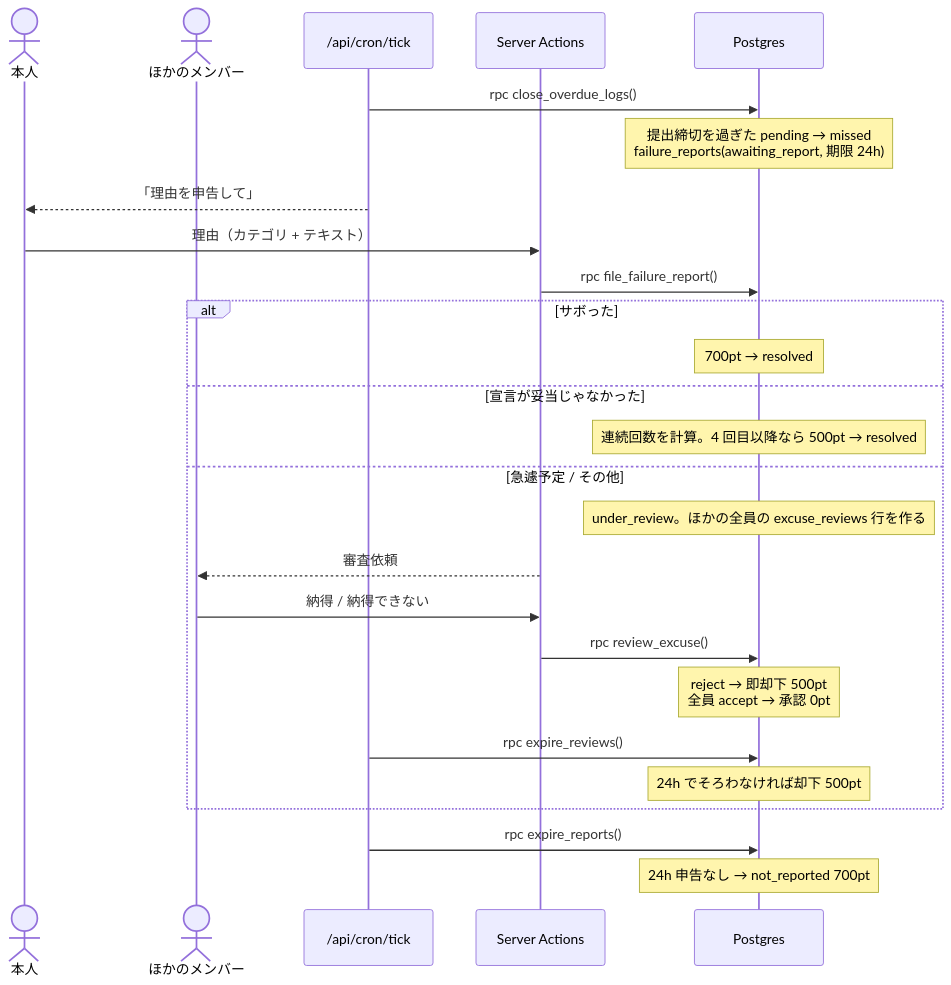
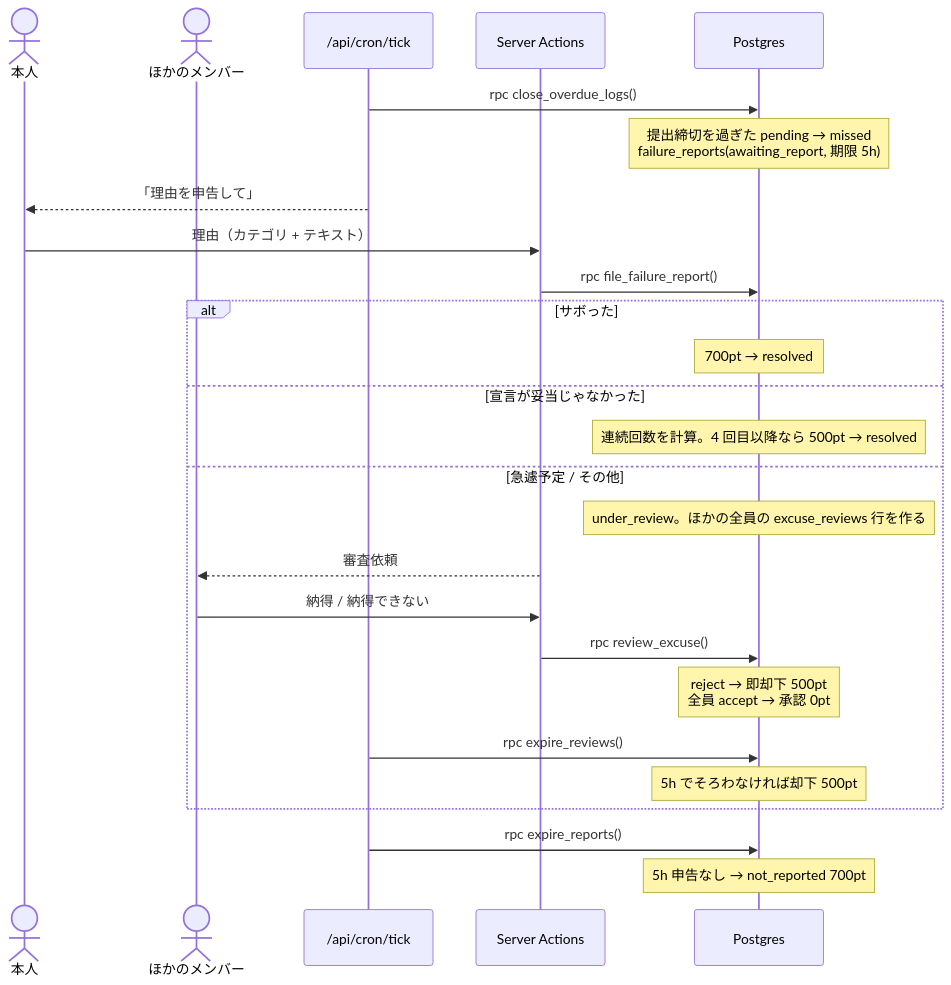
Before and after one commit to ashilal1/force-study-app: the fourth of 5 diagrams in docs/architecture.md, drawn with Mermaid. The commit also changed other lines of this file and 3 other files, not shown here.

````diff
--- a/docs/architecture.md
+++ b/docs/architecture.md
@@ -109,28 +109,28 @@
 ```mermaid
 sequenceDiagram
     actor U as 本人
     actor F as ほかのメンバー
     participant T as /api/cron/tick
     participant SA as Server Actions
     participant DB as Postgres
     T->>DB: rpc close_overdue_logs()
-    Note over DB: 提出締切を過ぎた pending → missed<br/>failure_reports(awaiting_report, 期限 24h)
+    Note over DB: 提出締切を過ぎた pending → missed<br/>failure_reports(awaiting_report, 期限 5h)
     T-->>U: 「理由を申告して」
     U->>SA: 理由（カテゴリ + テキスト）
     SA->>DB: rpc file_failure_report()
     alt サボった
         Note over DB: 700pt → resolved
     else 宣言が妥当じゃなかった
         Note over DB: 連続回数を計算。4 回目以降なら 500pt → resolved
     else 急遽予定 / その他
         Note over DB: under_review。ほかの全員の excuse_reviews 行を作る
         SA-->>F: 審査依頼
         F->>SA: 納得 / 納得できない
         SA->>DB: rpc review_excuse()
         Note over DB: reject → 即却下 500pt<br/>全員 accept → 承認 0pt
         T->>DB: rpc expire_reviews()
-        Note over DB: 24h でそろわなければ却下 500pt
+        Note over DB: 5h でそろわなければ却下 500pt
     end
     T->>DB: rpc expire_reports()
-    Note over DB: 24h 申告なし → not_reported 700pt
+    Note over DB: 5h 申告なし → not_reported 700pt
 ```
````
